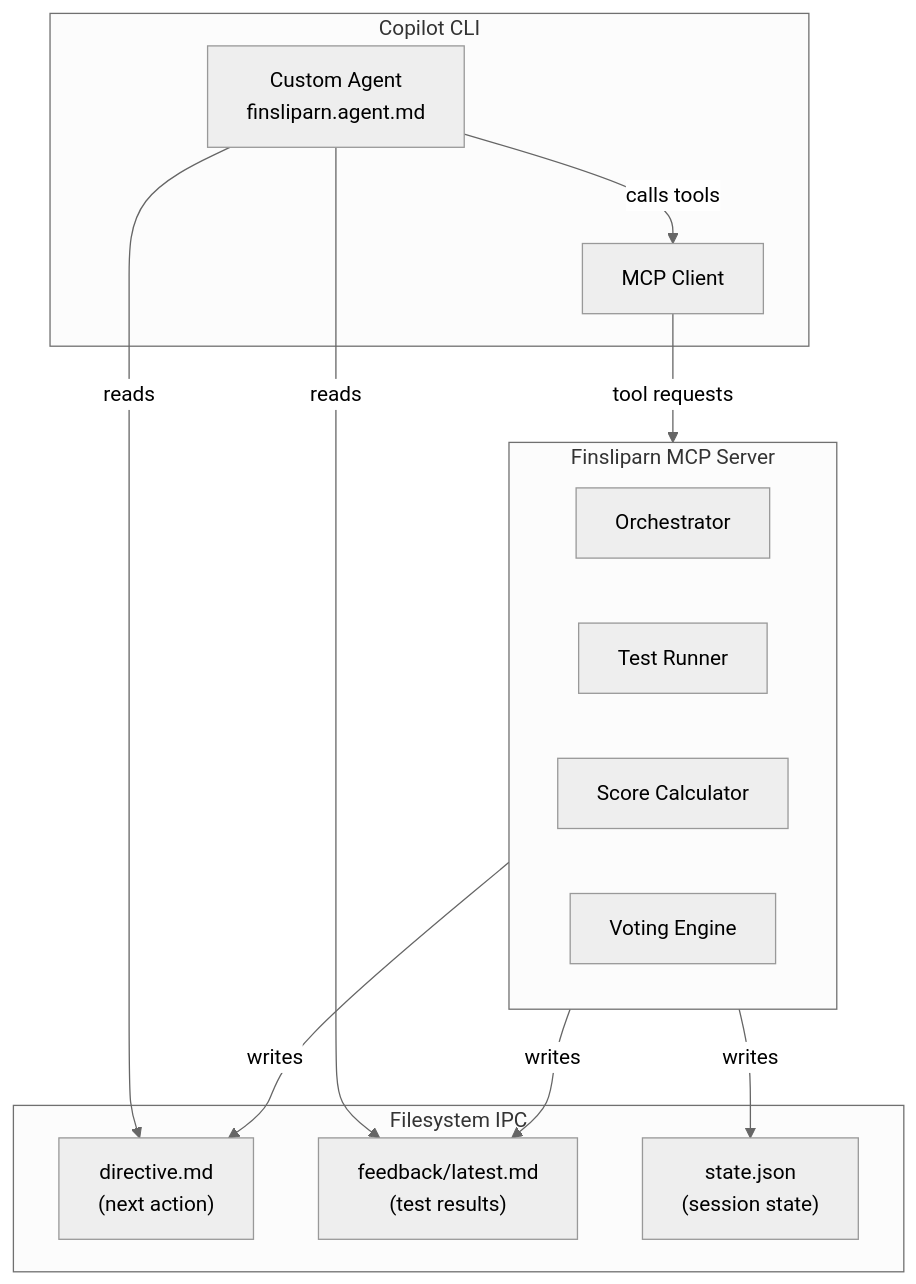
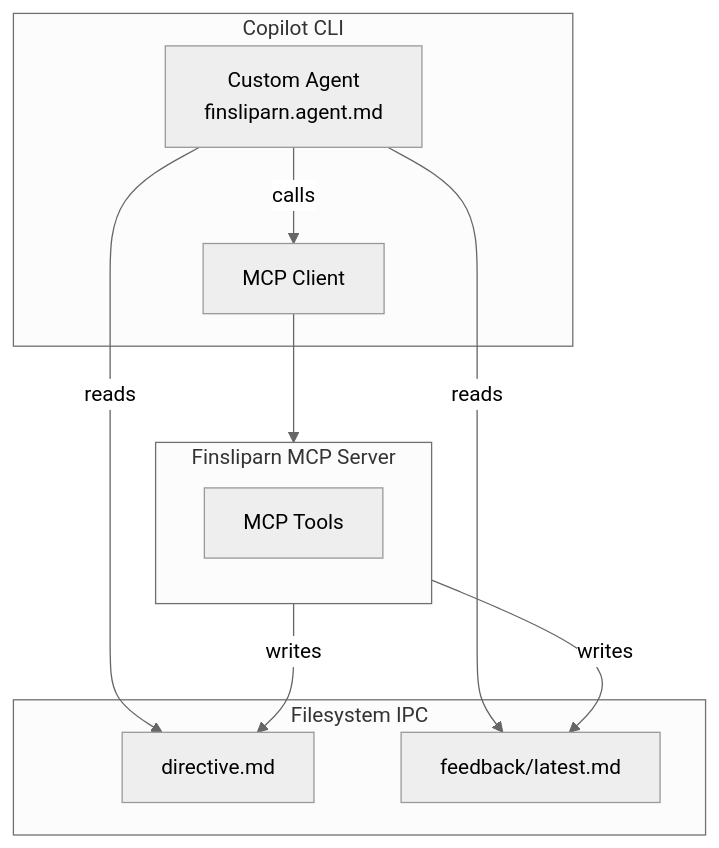
The first of 2 diagrams in docs/spec-copilot.md (jgabor/finsliparn), drawn with Mermaid (neutral theme) before and after one commit. The commit also changed other lines of this file, not shown here.

````diff
--- a/docs/spec-copilot.md
+++ b/docs/spec-copilot.md
@@ -39,28 +32,22 @@
 ```mermaid
 graph TB
     subgraph CopilotCLI["Copilot CLI"]
         Agent["Custom Agent<br/>finsliparn.agent.md"]
         MCPClient["MCP Client"]
     end
 
     subgraph Filesystem["Filesystem IPC"]
-        Directive["directive.md<br/>(next action)"]
-        Feedback["feedback/latest.md<br/>(test results)"]
-        State["state.json<br/>(session state)"]
+        Directive["directive.md"]
+        Feedback["feedback/latest.md"]
     end
 
     subgraph MCPServer["Finsliparn MCP Server"]
-        Orchestrator["Orchestrator"]
-        TestRunner["Test Runner"]
-        Scorer["Score Calculator"]
-        Voter["Voting Engine"]
+        Tools["MCP Tools"]
     end
 
     Agent -->|"reads"| Directive
     Agent -->|"reads"| Feedback
-    Agent -->|"calls tools"| MCPClient
-    MCPClient -->|"tool requests"| MCPServer
+    Agent -->|"calls"| MCPClient --> MCPServer
     MCPServer -->|"writes"| Directive
     MCPServer -->|"writes"| Feedback
-    MCPServer -->|"writes"| State
 ```
````
